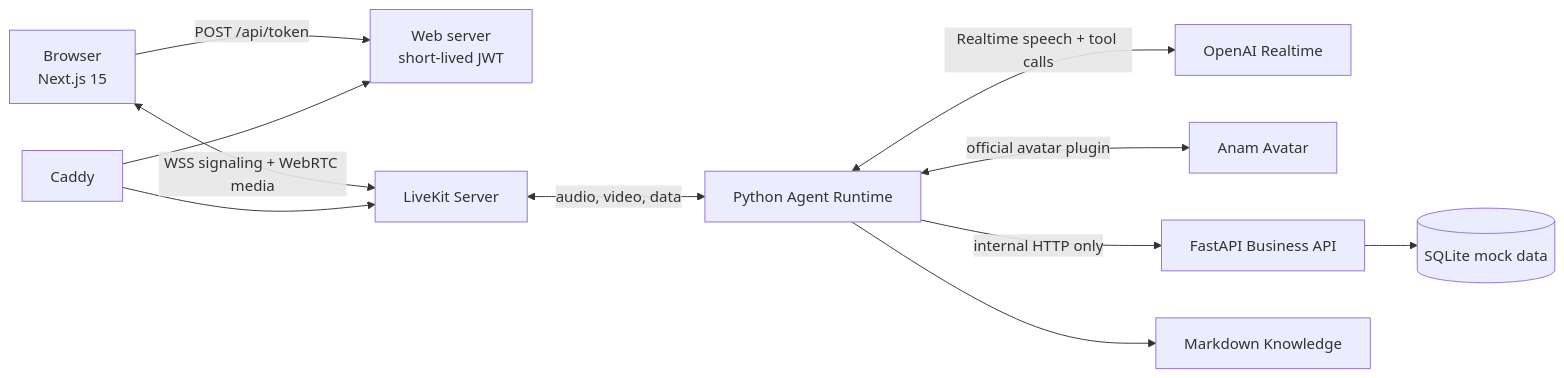
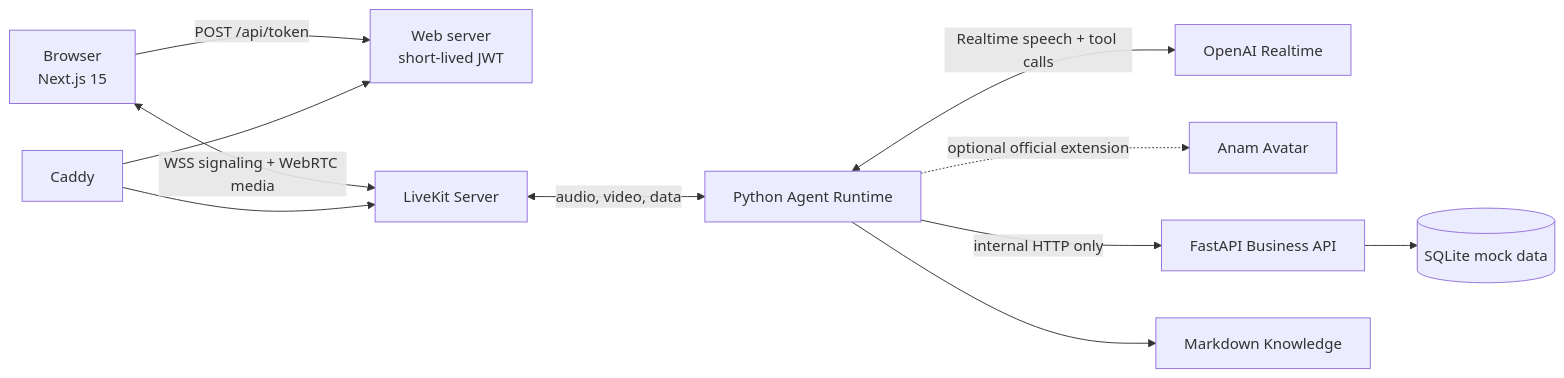
The diagram in README.md (Andyyao12/realtime-ai-voice-agent), drawn with Mermaid before and after one commit. The commit also changed other lines of this file and 7 other files, not shown here.

Commit message:
docs: define core release and optional avatar validation

````diff
--- a/README.md
+++ b/README.md
@@ -32,13 +34,13 @@
 ```mermaid
 flowchart LR
     B["Browser\nNext.js 15"] -->|"POST /api/token"| W["Web server\nshort-lived JWT"]
     B <-->|"WSS signaling + WebRTC media"| L["LiveKit Server"]
     L <-->|"audio, video, data"| A["Python Agent Runtime"]
     A <-->|"Realtime speech + tool calls"| O["OpenAI Realtime"]
-    A <-->|"official avatar plugin"| V["Anam Avatar"]
+    A -.->|"optional official extension"| V["Anam Avatar"]
     A -->|"internal HTTP only"| F["FastAPI Business API"]
     F --> D[("SQLite mock data")]
     A --> K["Markdown Knowledge"]
     C["Caddy"] --> W
     C --> L
 ```
````
